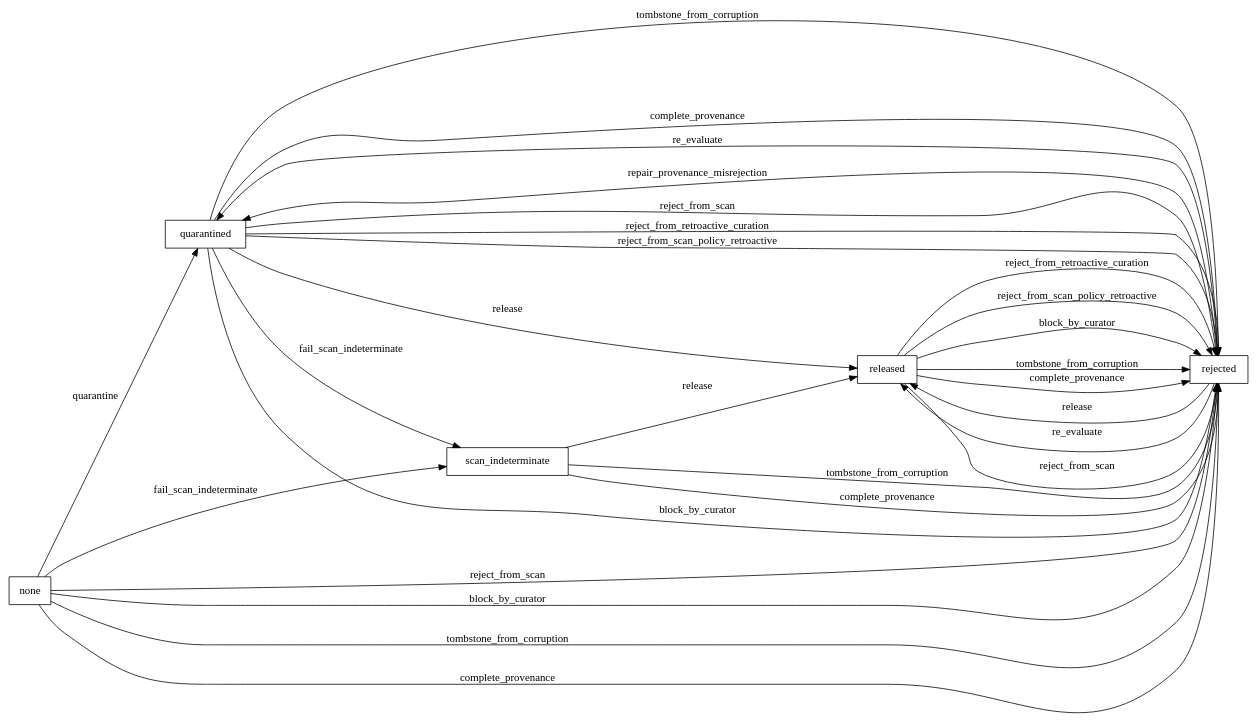
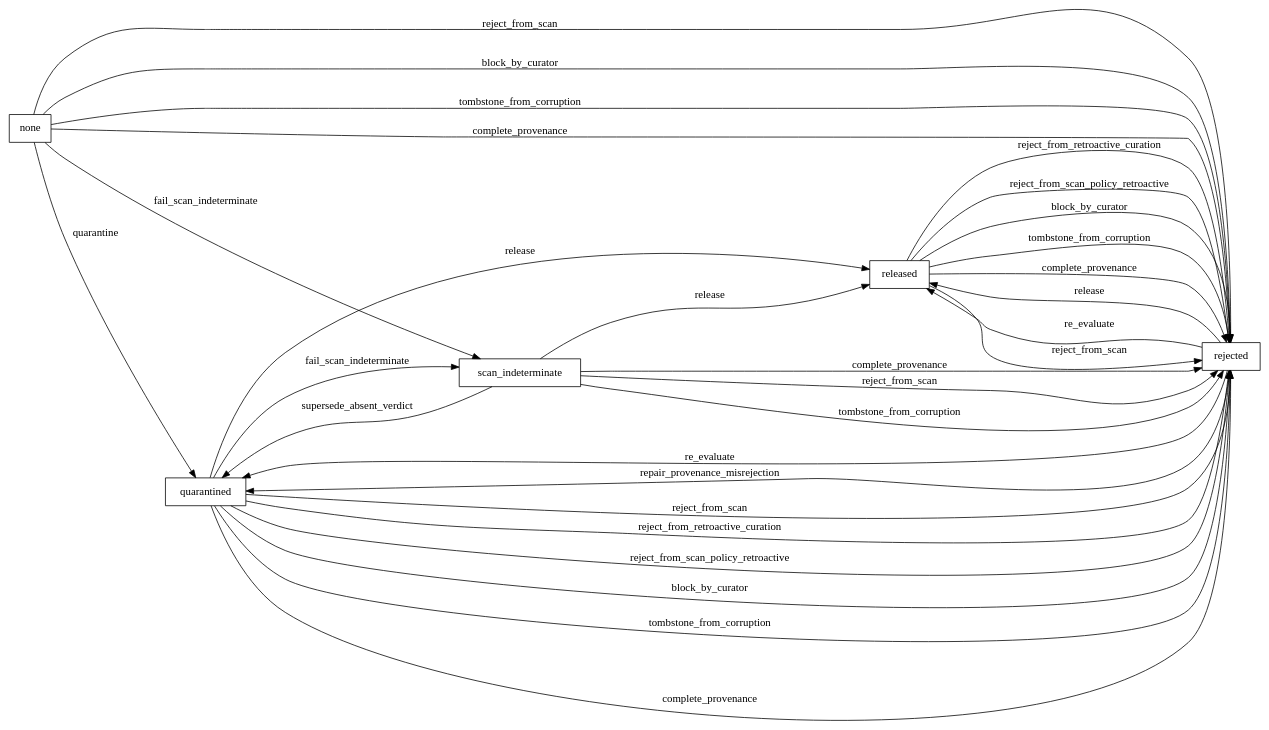
One commit to project-hort/hort changed the diagram in docs/architecture/artifact-lifecycle.dot. Above: the diagram before and after it, drawn with Graphviz. The commit also changed 19 other files, not shown here.

Commit message:
feat(#419): a reached verdict supersedes an absent one — scan_indeterminate is a hold

```diff
--- a/docs/architecture/artifact-lifecycle.dot
+++ b/docs/architecture/artifact-lifecycle.dot
@@ -1,45 +1,47 @@
 // AUTO-GENERATED — do not hand-edit.
 //
 // Rendered by `hort_domain::entities::quarantine_transitions::render_lifecycle_dot`
 // from the declared `QUARANTINE_TRANSITIONS` table (backlog 090, #135 item 2).
 // Regenerate after any table change; the drift guard
 // `crates/hort-domain/tests/lifecycle_dot_artifact.rs` fails CI if this file
 // and the table disagree. Self-loop-only transitions (a guard method that
 // accepts a state but leaves it unchanged) are omitted — see the render
 // function's doc comment.
 digraph ArtifactQuarantineLifecycle {
     rankdir=LR;
     node [shape=box];
     "none";
     "quarantined";
     "released";
     "rejected";
     "scan_indeterminate";
     "none" -> "quarantined" [label="quarantine"];
     "none" -> "rejected" [label="reject_from_scan"];
     "quarantined" -> "rejected" [label="reject_from_scan"];
     "released" -> "rejected" [label="reject_from_scan"];
+    "scan_indeterminate" -> "rejected" [label="reject_from_scan"];
     "quarantined" -> "rejected" [label="reject_from_retroactive_curation"];
     "released" -> "rejected" [label="reject_from_retroactive_curation"];
     "quarantined" -> "rejected" [label="reject_from_scan_policy_retroactive"];
     "released" -> "rejected" [label="reject_from_scan_policy_retroactive"];
     "none" -> "rejected" [label="block_by_curator"];
     "quarantined" -> "rejected" [label="block_by_curator"];
     "released" -> "rejected" [label="block_by_curator"];
     "none" -> "rejected" [label="tombstone_from_corruption"];
     "quarantined" -> "rejected" [label="tombstone_from_corruption"];
     "released" -> "rejected" [label="tombstone_from_corruption"];
     "scan_indeterminate" -> "rejected" [label="tombstone_from_corruption"];
     "quarantined" -> "released" [label="release"];
     "rejected" -> "released" [label="release"];
     "scan_indeterminate" -> "released" [label="release"];
     "none" -> "scan_indeterminate" [label="fail_scan_indeterminate"];
     "quarantined" -> "scan_indeterminate" [label="fail_scan_indeterminate"];
     "rejected" -> "quarantined" [label="re_evaluate"];
     "rejected" -> "released" [label="re_evaluate"];
     "none" -> "rejected" [label="complete_provenance"];
     "quarantined" -> "rejected" [label="complete_provenance"];
     "released" -> "rejected" [label="complete_provenance"];
     "scan_indeterminate" -> "rejected" [label="complete_provenance"];
     "rejected" -> "quarantined" [label="repair_provenance_misrejection"];
+    "scan_indeterminate" -> "quarantined" [label="supersede_absent_verdict"];
 }
```
